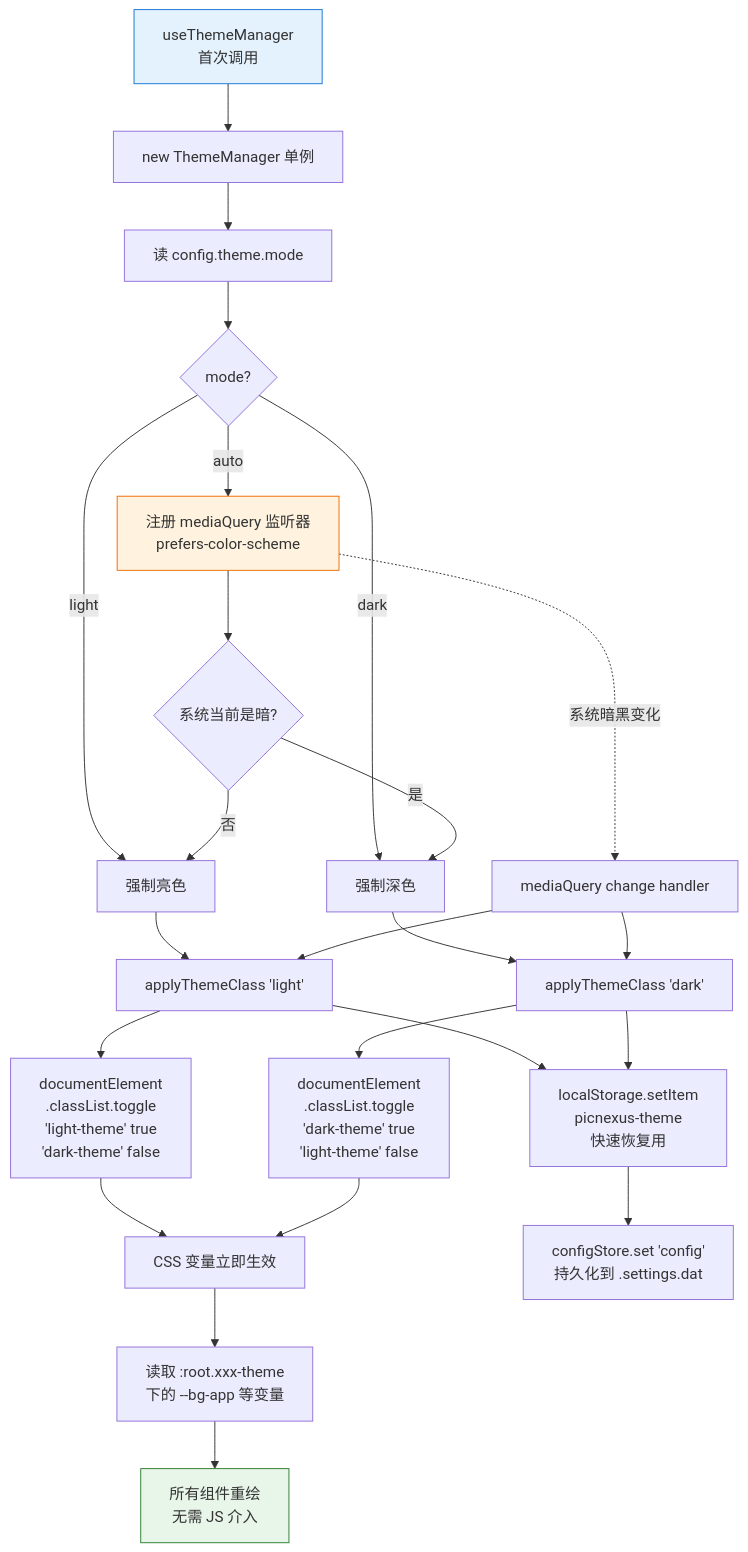
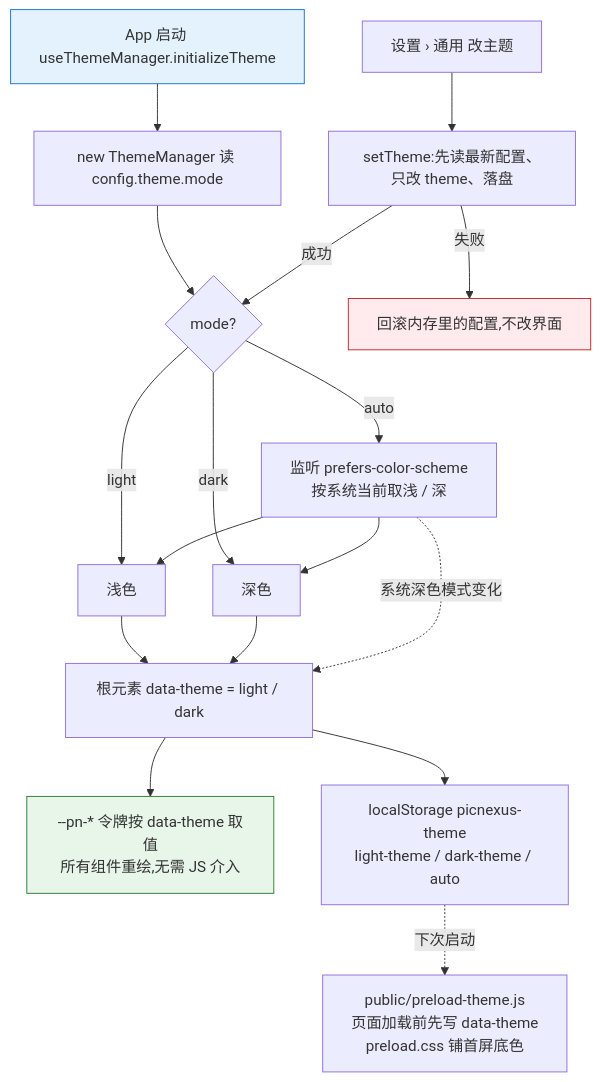
Before and after one commit to joeyliu6/PicNexus: the second of 5 diagrams in docs/flows/settings-ui-architecture.md, drawn with Mermaid. The commit also changed other lines of this file and 17 other files, not shown here.

First line of the commit message:
docs: drop PrimeVue-era notes from the flows and the reference

````diff
--- a/docs/flows/settings-ui-architecture.md
+++ b/docs/flows/settings-ui-architecture.md
@@ -68,37 +68,23 @@
 ```mermaid
 flowchart TD
-    A[useThemeManager<br/>首次调用] --> B[new ThemeManager 单例]
-    B --> C[读 config.theme.mode]
+    A[App 启动 useThemeManager.initializeTheme] --> B[new ThemeManager 读 config.theme.mode]
+    B --> D{mode?}
+    D -- light --> E1[浅色]
+    D -- dark --> E2[深色]
+    D -- auto --> E3[监听 prefers-color-scheme<br/>按系统当前取浅 / 深]
+    E3 --> E1
+    E3 --> E2
+    E1 & E2 --> F[根元素 data-theme = light / dark]
+    F --> G[--pn-* 令牌按 data-theme 取值<br/>所有组件重绘,无需 JS 介入]
+    F --> L[localStorage picnexus-theme<br/>light-theme / dark-theme / auto]
+    L -.下次启动.-> P[public/preload-theme.js<br/>页面加载前先写 data-theme<br/>preload.css 铺首屏底色]
 
-    C --> D{mode?}
-    D -- light --> E1[强制亮色]
-    D -- dark --> E2[强制深色]
-    D -- auto --> E3[注册 mediaQuery 监听器<br/>prefers-color-scheme]
-
-    E3 --> E3A{系统当前是暗?}
-    E3A -- 是 --> E2
-    E3A -- 否 --> E1
-
-    E1 --> F1[applyThemeClass 'light']
-    E2 --> F2[applyThemeClass 'dark']
-
-    F1 --> G1[documentElement<br/>.classList.toggle<br/>'light-theme' true<br/>'dark-theme' false]
-    F2 --> G2[documentElement<br/>.classList.toggle<br/>'dark-theme' true<br/>'light-theme' false]
-
-    G1 & G2 --> H[CSS 变量立即生效]
-    H --> H1[读取 :root.xxx-theme<br/>下的 --bg-app 等变量]
-    H1 --> H2[所有组件重绘<br/>无需 JS 介入]
-
-    %% 持久化
-    F1 & F2 --> I[localStorage.setItem<br/>picnexus-theme<br/>快速恢复用]
-    I --> J[configStore.set 'config'<br/>持久化到 .settings.dat]
-
-    %% auto 模式切换
-    E3 -.系统暗黑变化.-> E3B[mediaQuery change handler]
-    E3B --> F1
-    E3B --> F2
+    S[设置 › 通用 改主题] --> T[setTheme:先读最新配置、只改 theme、落盘]
+    T -- 成功 --> D
+    T -- 失败 --> R[回滚内存里的配置,不改界面]
+    E3 -.系统深色模式变化.-> F
 
     style A fill:#e3f2fd,stroke:#1976d2
-    style H2 fill:#e8f5e9,stroke:#2e7d32
-    style E3 fill:#fff3e0,stroke:#ef6c00
+    style G fill:#e8f5e9,stroke:#2e7d32
+    style R fill:#ffebee,stroke:#c62828
 ```
````
